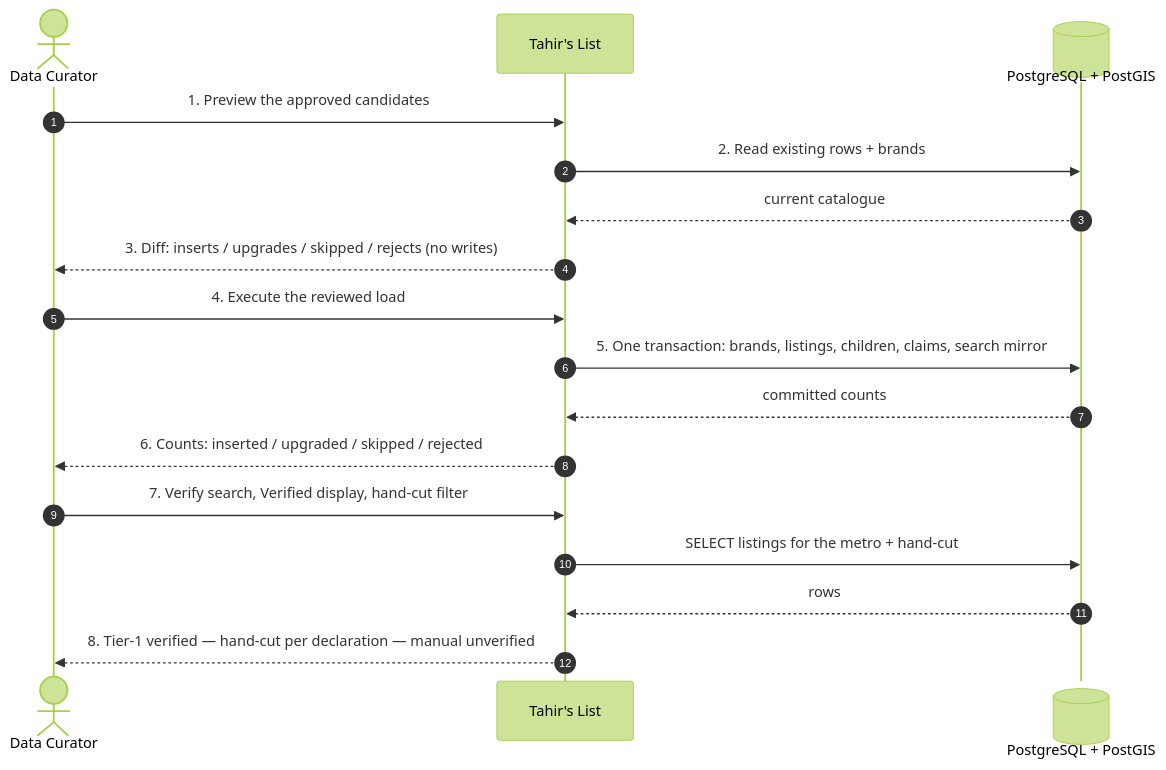
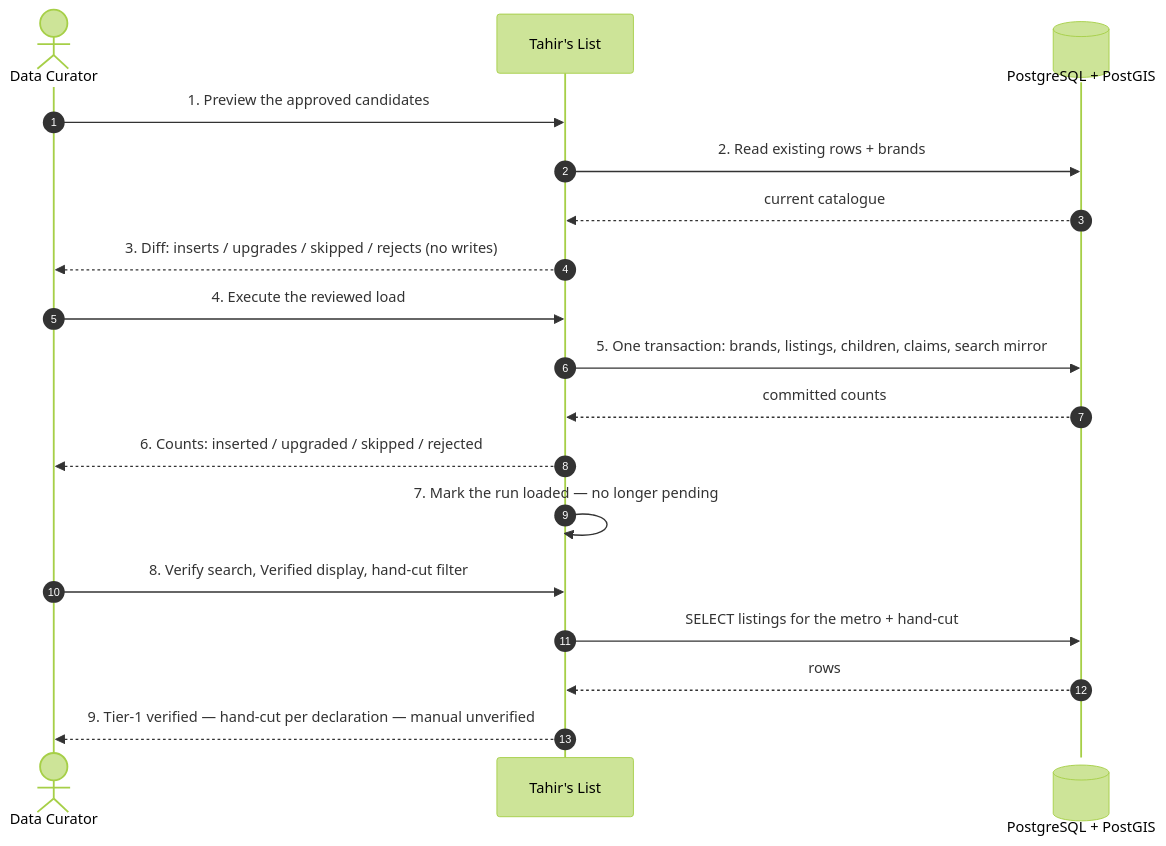
Before and after one commit to Losers-Lab/tahirs-list: the first of 8 diagrams in docs/features/SC-211/04-blackbox/UC-03-load-reviewed-batch.md, drawn with Mermaid (forest theme). The commit also changed 8 other files, not shown here.

Commit message:
[SC-211] Document per-run artifact guard

````diff
--- a/docs/features/SC-211/04-blackbox/UC-03-load-reviewed-batch.md
+++ b/docs/features/SC-211/04-blackbox/UC-03-load-reviewed-batch.md
@@ -6,19 +6,20 @@
 ```mermaid
 sequenceDiagram
   autonumber
   actor DC as Data Curator
   participant TL as Tahir's List
   participant DB@{ "type": "database" } as PostgreSQL + PostGIS
   DC->>TL: 1. Preview the approved candidates
   TL->>DB: 2. Read existing rows + brands
   DB-->>TL: current catalogue
   TL-->>DC: 3. Diff: inserts / upgrades / skipped / rejects (no writes)
   DC->>TL: 4. Execute the reviewed load
   TL->>DB: 5. One transaction: brands, listings, children, claims, search mirror
   DB-->>TL: committed counts
   TL-->>DC: 6. Counts: inserted / upgraded / skipped / rejected
-  DC->>TL: 7. Verify search, Verified display, hand-cut filter
+  TL->>TL: 7. Mark the run loaded — no longer pending
+  DC->>TL: 8. Verify search, Verified display, hand-cut filter
   TL->>DB: SELECT listings for the metro + hand-cut
   DB-->>TL: rows
-  TL-->>DC: 8. Tier-1 verified — hand-cut per declaration — manual unverified
+  TL-->>DC: 9. Tier-1 verified — hand-cut per declaration — manual unverified
 ```
````
